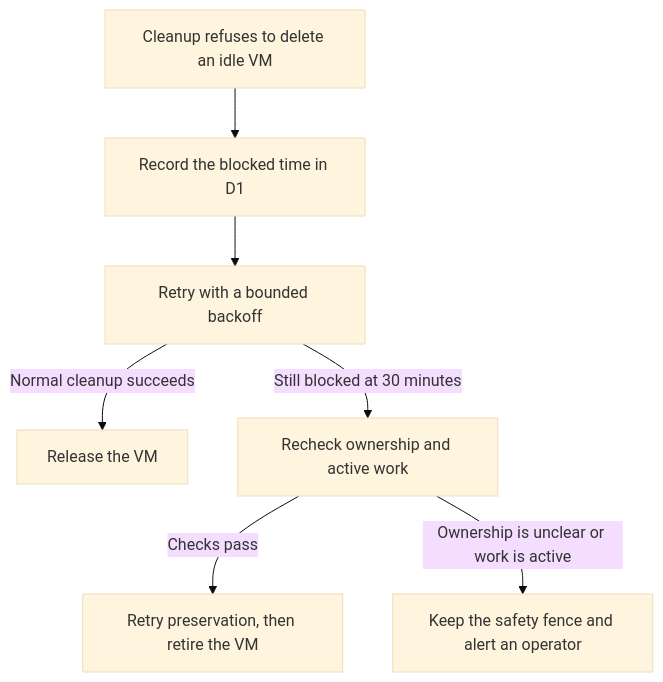
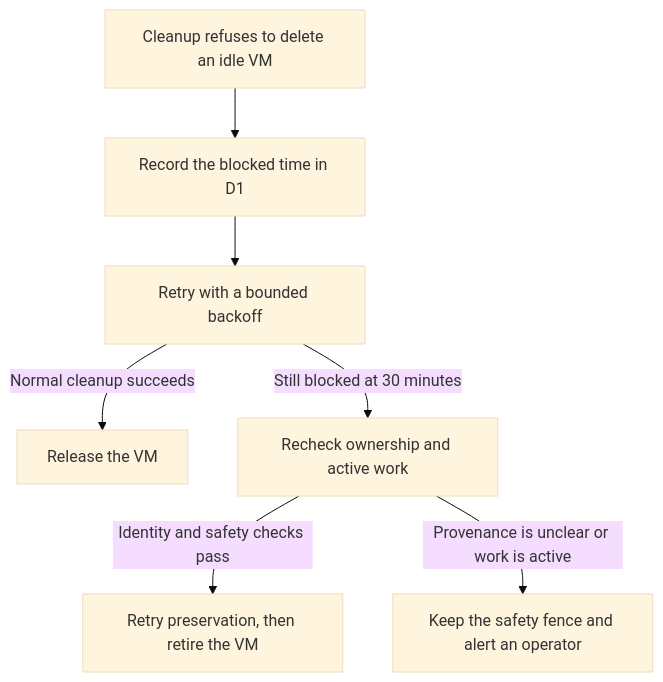
One commit to raphaeltm/simple-agent-manager changed the diagram in apps/www/src/content/blog/a-deadline-for-cloud-vm-cleanup.md. Above: the diagram before and after it, drawn with Mermaid (base theme). The commit also changed other lines of this file, not shown here.

Commit message:
docs(www): clarify VM retirement safety checks

````diff
--- a/apps/www/src/content/blog/a-deadline-for-cloud-vm-cleanup.md
+++ b/apps/www/src/content/blog/a-deadline-for-cloud-vm-cleanup.md
@@ -39,9 +39,9 @@
 ```mermaid
 flowchart TD
     A[Cleanup refuses to delete an idle VM] --> B[Record the blocked time in D1]
     B --> C[Retry with a bounded backoff]
     C -->|Normal cleanup succeeds| D[Release the VM]
     C -->|Still blocked at 30 minutes| E[Recheck ownership and active work]
-    E -->|Checks pass| F[Retry preservation, then retire the VM]
-    E -->|Ownership is unclear or work is active| G[Keep the safety fence and alert an operator]
+    E -->|Identity and safety checks pass| F[Retry preservation, then retire the VM]
+    E -->|Provenance is unclear or work is active| G[Keep the safety fence and alert an operator]
 ```
````
